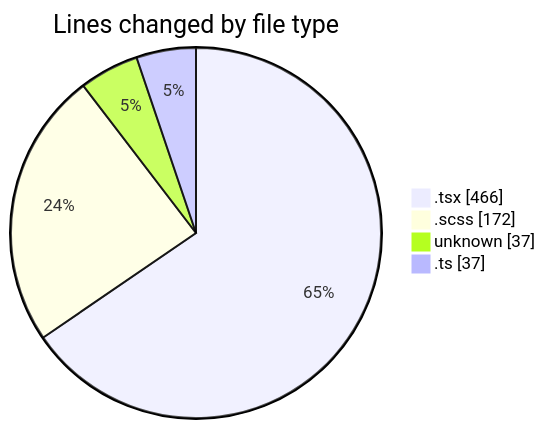
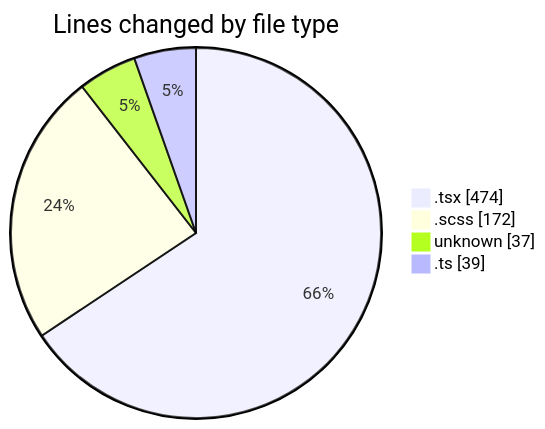
Before and after one commit to momahboobian/code-tracking: the first of 2 diagrams in 2025-09-16/cda/README.md, drawn with Mermaid. The commit also changed other lines of this file and 1 other file, not shown here.

````diff
--- a/2025-09-16/cda/README.md
+++ b/2025-09-16/cda/README.md
@@ -24,8 +24,8 @@
 ```mermaid
 pie showData
 title Lines changed by file type
-".tsx" : 466
+".tsx" : 474
 ".scss" : 172
 "unknown" : 37
-".ts" : 37
+".ts" : 39
 ```
````
